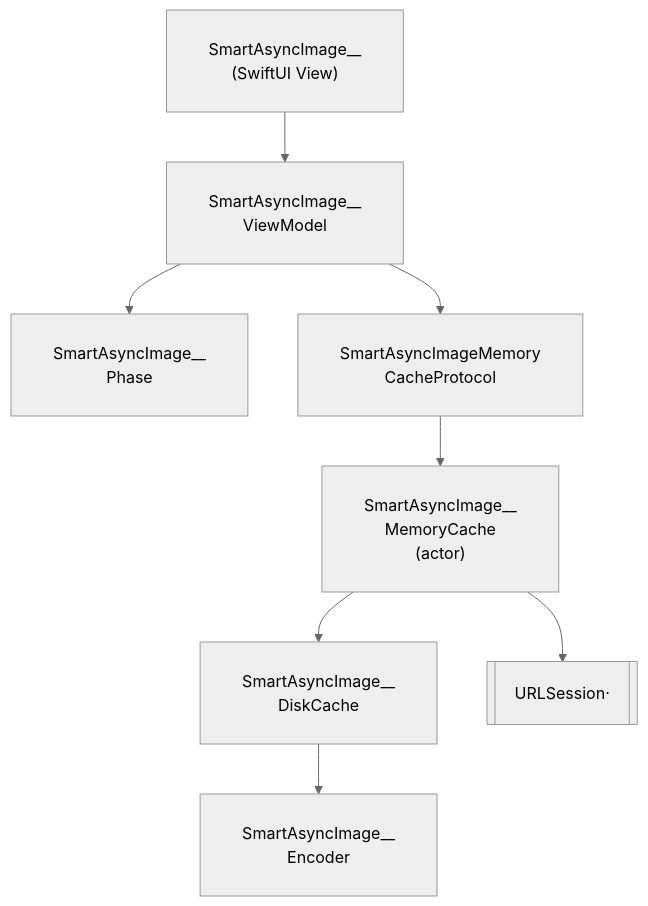
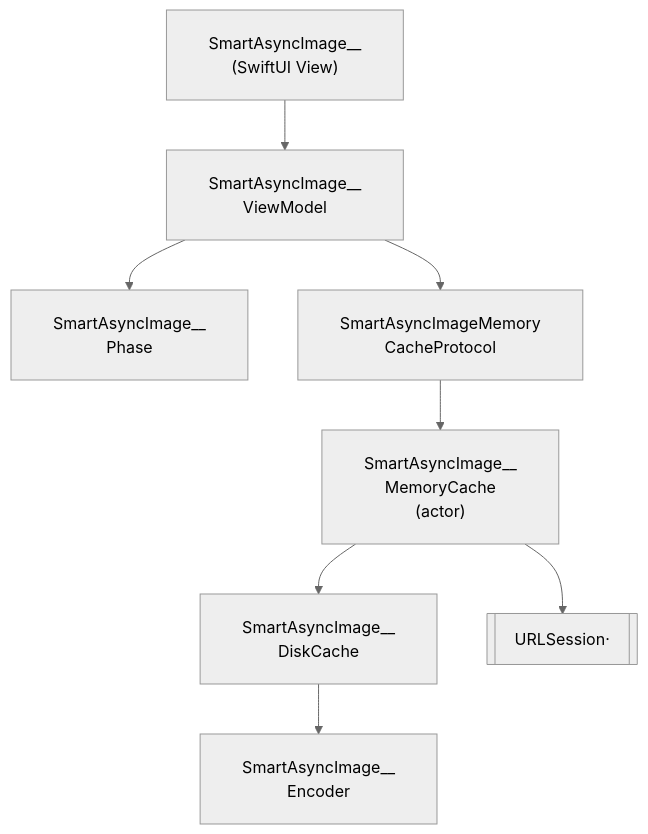
Before and after one commit to gentle-giraffe-apps/SmartAsyncImage: the diagram in README.md, drawn with Mermaid (neutral theme).

````diff
--- a/README.md
+++ b/README.md
@@ -86,10 +86,10 @@
 ```mermaid
 flowchart TD
-    SAI["<div style='padding:12px 12px; white-space:nowrap;'>SmartAsyncImage__<br/>(SwiftUI View)</div>"] --> VM["<div style='padding:12px 12px; white-space:nowrap;'>SmartAsyncImage__<br/>ViewModel</div>"]
-    VM --> Phase["<div style='padding:12px 12px; white-space:nowrap;'>SmartAsyncImage__<br/>Phase</div>"]
-    VM --> MemProto["<div style='padding:12px 12px; white-space:nowrap;'>SmartAsyncImageMemory<br/>CacheProtocol</div>"]
-    MemProto --> Mem["<div style='padding:12px 12px; white-space:nowrap;'>SmartAsyncImage__<br/>MemoryCache<br/>(actor)</div>"]
-    Mem --> Disk["<div style='padding:12px 12px; white-space:nowrap;'>SmartAsyncImage__<br/>DiskCache</div>"]
-    Disk --> Encoder["<div style='padding:12px 12px; white-space:nowrap;'>SmartAsyncImage__<br/>Encoder</div>"]
-    Mem --> URLSession[["<div style='padding:12px 12px; white-space:nowrap;'>URLSession·</div>"]]
+    SAI["<div style='padding:6px 12px; white-space:nowrap;'>SmartAsyncImage__<br/>(SwiftUI View)</div>"] --> VM["<div style='padding:6px 12px; white-space:nowrap;'>SmartAsyncImage__<br/>ViewModel</div>"]
+    VM --> Phase["<div style='padding:6px 12px; white-space:nowrap;'>SmartAsyncImage__<br/>Phase</div>"]
+    VM --> MemProto["<div style='padding:6px 12px; white-space:nowrap;'>SmartAsyncImageMemory<br/>CacheProtocol</div>"]
+    MemProto --> Mem["<div style='padding:6px 12px; white-space:nowrap;'>SmartAsyncImage__<br/>MemoryCache<br/>(actor)</div>"]
+    Mem --> Disk["<div style='padding:6px 12px; white-space:nowrap;'>SmartAsyncImage__<br/>DiskCache</div>"]
+    Disk --> Encoder["<div style='padding:6px 12px; white-space:nowrap;'>SmartAsyncImage__<br/>Encoder</div>"]
+    Mem --> URLSession[["<div style='padding:6px 12px; white-space:nowrap;'>URLSession·</div>"]]
 ```
````
